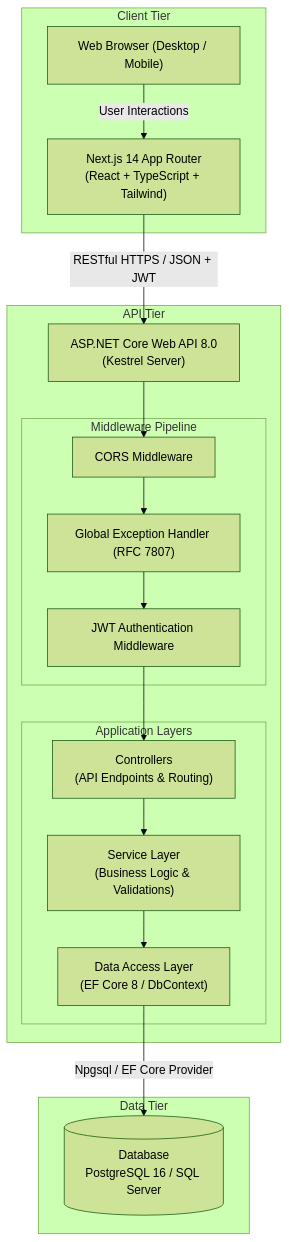
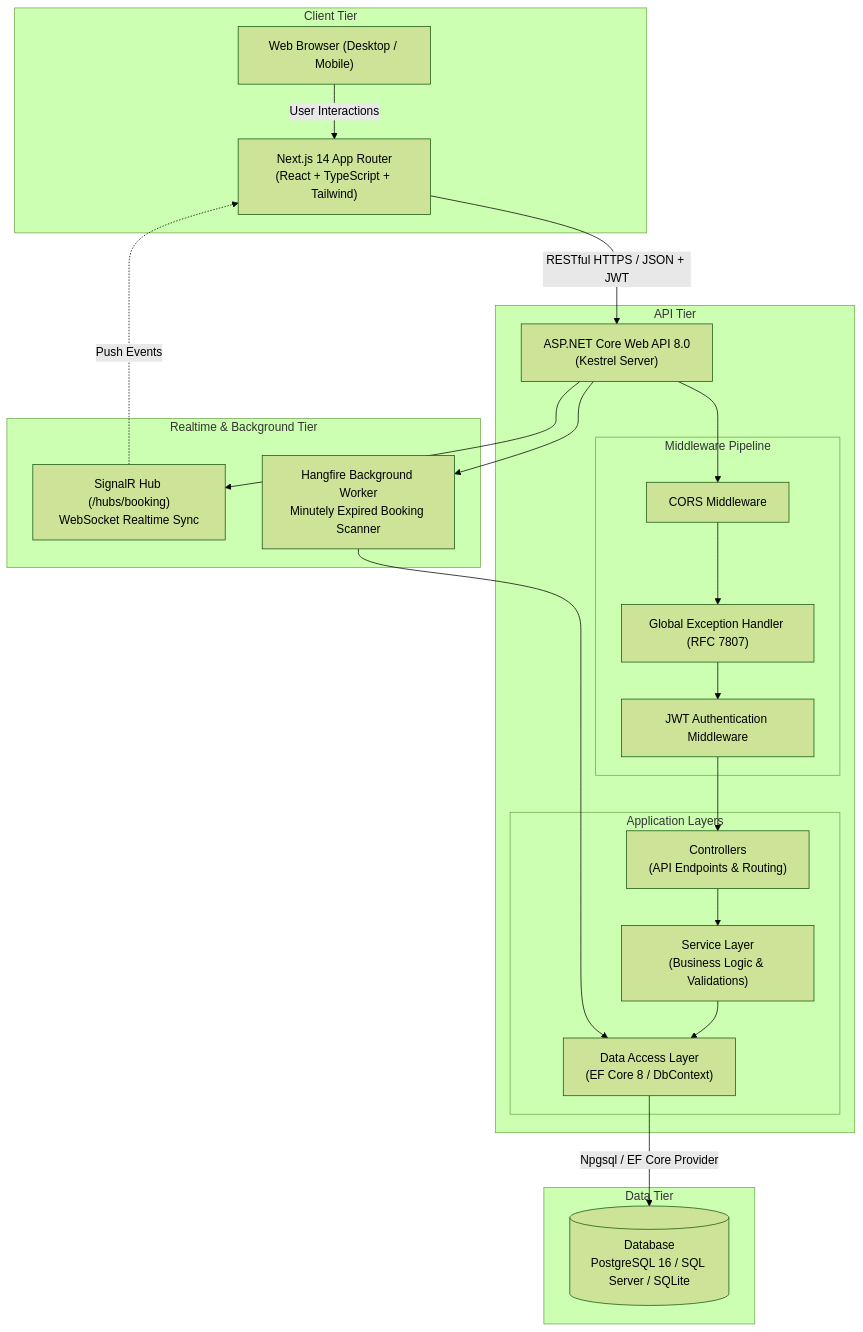
Before and after one commit to khoazandev/Booking_project: the first of 2 diagrams in docs/architecture.md, drawn with Mermaid (forest theme). The commit also changed 1 other file, not shown here.

Commit message:
docs: update documentation with bonus architecture and completion checklist

````diff
--- a/docs/architecture.md
+++ b/docs/architecture.md
@@ -10,37 +10,46 @@
 ```mermaid
 graph TB
     subgraph Client Tier
         Browser["Web Browser (Desktop / Mobile)"]
         NextApp["Next.js 14 App Router<br>(React + TypeScript + Tailwind)"]
         Browser -->|User Interactions| NextApp
     end
 
     subgraph API Tier
         Gateway["ASP.NET Core Web API 8.0<br>(Kestrel Server)"]
         NextApp -->|RESTful HTTPS / JSON + JWT| Gateway
         
         subgraph Middleware Pipeline
             CorsMiddleware["CORS Middleware"]
             AuthMiddleware["JWT Authentication Middleware"]
             ExceptionMiddleware["Global Exception Handler (RFC 7807)"]
         end
         
         subgraph Application Layers
             Controllers["Controllers<br>(API Endpoints & Routing)"]
             Services["Service Layer<br>(Business Logic & Validations)"]
             Repositories["Data Access Layer<br>(EF Core 8 / DbContext)"]
         end
         
         Gateway --> CorsMiddleware
         CorsMiddleware --> ExceptionMiddleware
         ExceptionMiddleware --> AuthMiddleware
         AuthMiddleware --> Controllers
         Controllers --> Services
         Services --> Repositories
     end
 
     subgraph Data Tier
-        DB[("Database<br>PostgreSQL 16 / SQL Server")]
+        DB[("Database<br>PostgreSQL 16 / SQL Server / SQLite")]
         Repositories -->|Npgsql / EF Core Provider| DB
     end
+
+    subgraph Realtime & Background Tier
+        SignalRHub["SignalR Hub (/hubs/booking)<br>WebSocket Realtime Sync"]
+        HangfireServer["Hangfire Background Worker<br>Minutely Expired Booking Scanner"]
+        Gateway --> SignalRHub
+        Gateway --> HangfireServer
+        SignalRHub -.->|Push Events| NextApp
+        HangfireServer --> Repositories
+    end
 ```
````
